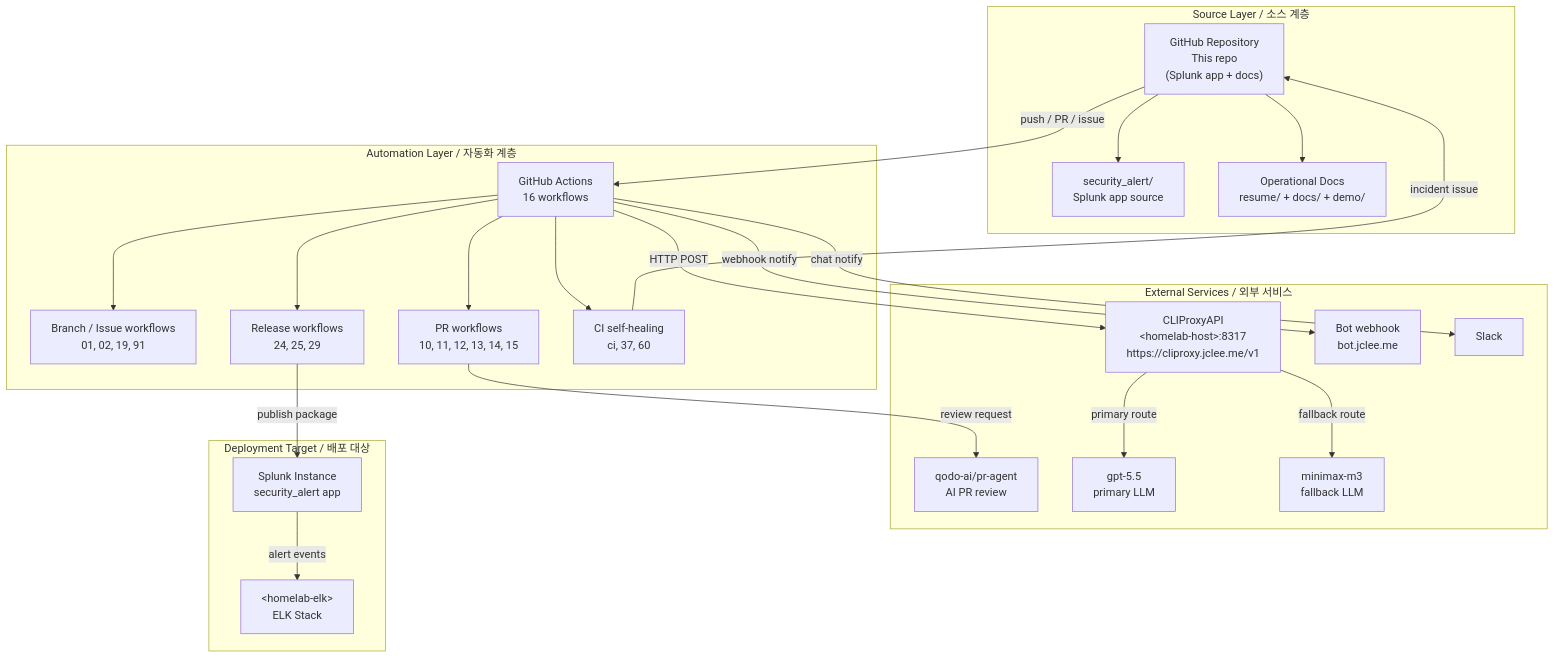
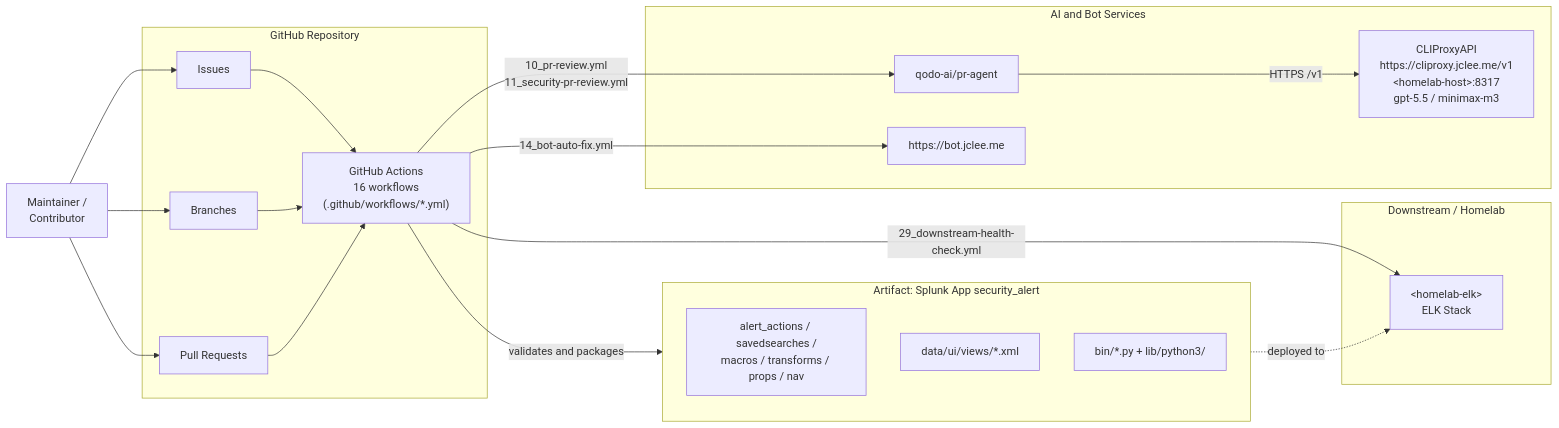
Before and after one commit to jclee941/splunk: the diagram in README.md, drawn with Mermaid. The commit also changed other lines of this file, not shown here.

Commit message:
docs: auto-update README.md

````diff
--- a/README.md
+++ b/README.md
@@ -78,47 +96,40 @@
 ```mermaid
-flowchart TB
-    subgraph SRC["Source Layer / 소스 계층"]
-        REPO["GitHub Repository<br/>This repo<br/>(Splunk app + docs)"]
-        APP["security_alert/<br/>Splunk app source"]
-        DOCS["Operational Docs<br/>resume/ + docs/ + demo/"]
+flowchart LR
+    Dev["Maintainer /<br/>Contributor"]
+
+    subgraph REPO["GitHub Repository"]
+        IS["Issues"]
+        BR["Branches"]
+        PR["Pull Requests"]
+        WF["GitHub Actions<br/>16 workflows<br/>(.github/workflows/*.yml)"]
     end
 
-    subgraph CI["Automation Layer / 자동화 계층"]
-        ACT["GitHub Actions<br/>16 workflows"]
-        BR["Branch / Issue workflows<br/>01, 02, 19, 91"]
-        PR["PR workflows<br/>10, 11, 12, 13, 14, 15"]
-        REL["Release workflows<br/>24, 25, 29"]
-        HEAL["CI self-healing<br/>ci, 37, 60"]
+    subgraph AI["AI and Bot Services"]
+        PRA["qodo-ai/pr-agent"]
+        CPX["CLIProxyAPI<br/>https://cliproxy.jclee.me/v1<br/>&lt;homelab-host&gt;:8317<br/>gpt-5.5 / minimax-m3"]
+        BOT["https://bot.jclee.me"]
     end
 
-    subgraph EXT["External Services / 외부 서비스"]
-        QA["qodo-ai/pr-agent<br/>AI PR review"]
-        CP["CLIProxyAPI<br/>&lt;homelab-host&gt;:8317<br/>https://cliproxy.jclee.me/v1"]
-        GPT["gpt-5.5<br/>primary LLM"]
-        MIN["minimax-m3<br/>fallback LLM"]
-        BOT["Bot webhook<br/>bot.jclee.me"]
-        SLK["Slack"]
+    subgraph ART["Artifact: Splunk App security_alert"]
+        CONF["alert_actions / savedsearches /<br/>macros / transforms / props / nav"]
+        DASH["data/ui/views/*.xml"]
+        PYR["bin/*.py + lib/python3/"]
     end
 
-    subgraph DEP["Deployment Target / 배포 대상"]
-        SPL["Splunk Instance<br/>security_alert app"]
+    subgraph DOWN["Downstream / Homelab"]
         ELK["&lt;homelab-elk&gt;<br/>ELK Stack"]
     end
 
-    REPO --> APP
-    REPO --> DOCS
-    REPO -->|push / PR / issue| ACT
-    ACT --> BR
-    ACT --> PR
-    ACT --> REL
-    ACT --> HEAL
-    PR -->|review request| QA
-    ACT -->|HTTP POST| CP
-    CP -->|primary route| GPT
-    CP -->|fallback route| MIN
-    ACT -->|webhook notify| BOT
-    REL -->|publish package| SPL
-    SPL -->|alert events| ELK
-    HEAL -->|incident issue| REPO
-    ACT -->|chat notify| SLK
+    Dev --> IS
+    Dev --> BR
+    Dev --> PR
+    IS --> WF
+    BR --> WF
+    PR --> WF
+    WF -->|10_pr-review.yml<br/>11_security-pr-review.yml| PRA
+    PRA -->|HTTPS /v1| CPX
+    WF -->|14_bot-auto-fix.yml| BOT
+    WF -->|validates and packages| ART
+    ART -.->|deployed to| ELK
+    WF -->|29_downstream-health-check.yml| ELK
 ```
````
